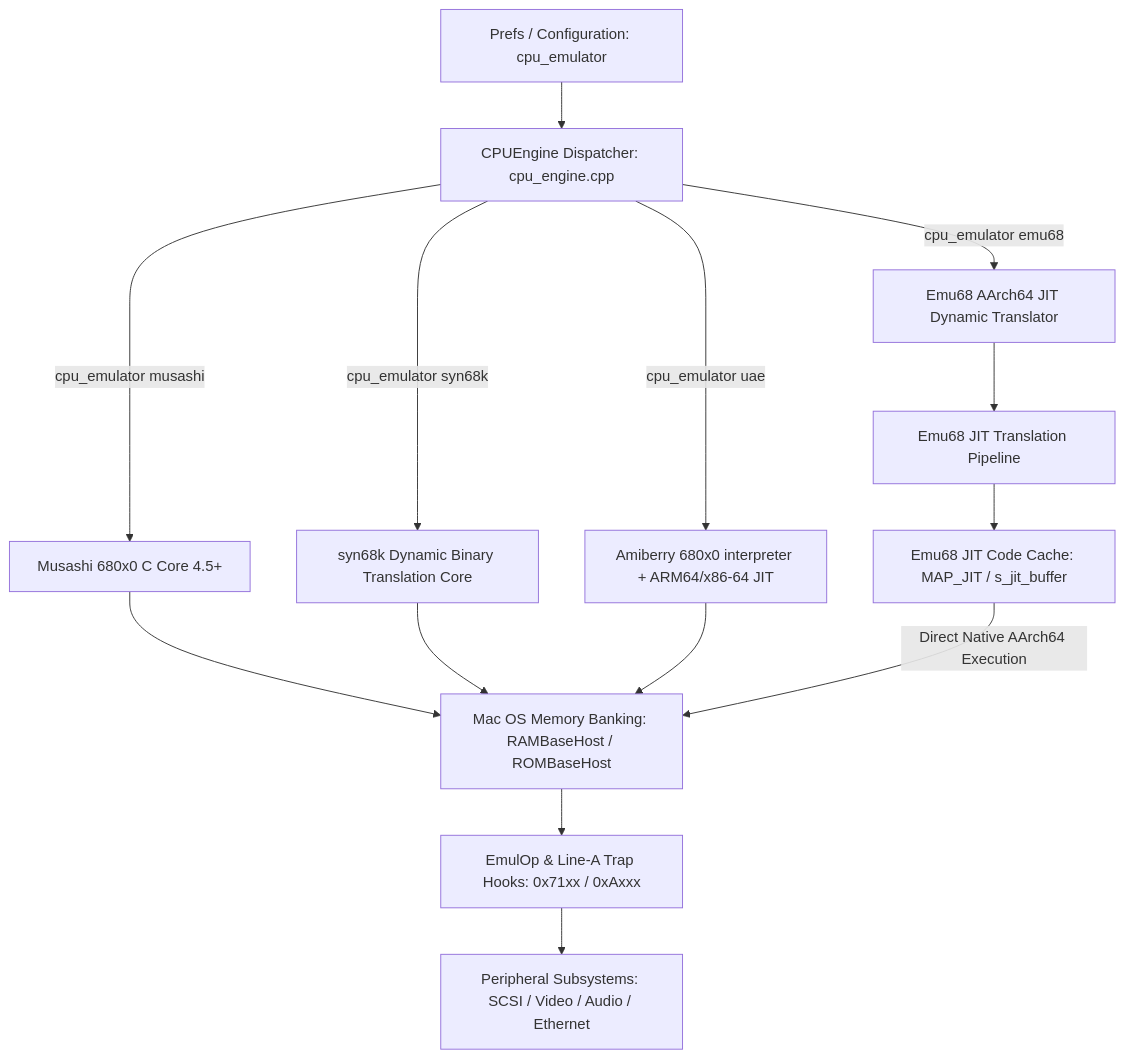
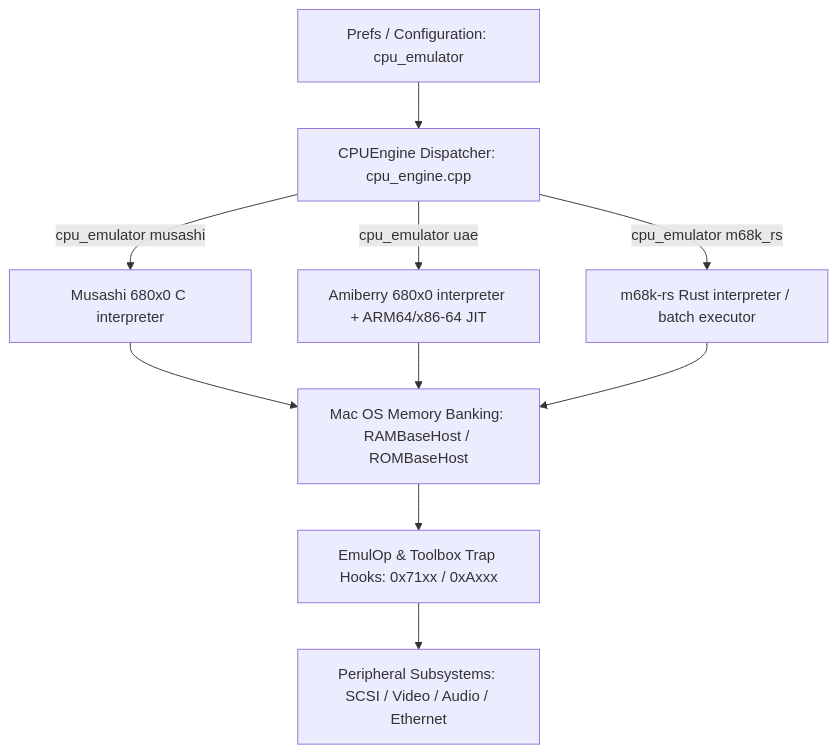
One commit to ObsoleteMadness/CockatriceIII changed the diagram in README.md. Above: the diagram before and after it, drawn with Mermaid. The commit also changed other lines of this file and 6 other files, not shown here.

````diff
--- a/README.md
+++ b/README.md
@@ -119,19 +136,14 @@
 ```mermaid
 graph TD
     A[Prefs / Configuration: cpu_emulator] --> B[CPUEngine Dispatcher: cpu_engine.cpp]
-    B -->|cpu_emulator musashi| C[Musashi 680x0 C Core 4.5+]
-    B -->|cpu_emulator syn68k| D[syn68k Dynamic Binary Translation Core]
+    B -->|cpu_emulator musashi| C[Musashi 680x0 C interpreter]
     B -->|cpu_emulator uae| E[Amiberry 680x0 interpreter + ARM64/x86-64 JIT]
-    B -->|cpu_emulator emu68| F[Emu68 AArch64 JIT Dynamic Translator]
-    
+    B -->|cpu_emulator m68k_rs| F[m68k-rs Rust interpreter / batch executor]
+
     C --> G[Mac OS Memory Banking: RAMBaseHost / ROMBaseHost]
-    D --> G
     E --> G
-    F --> H[Emu68 JIT Translation Pipeline]
-    
-    H --> I[Emu68 JIT Code Cache: MAP_JIT / s_jit_buffer]
-    I -->|Direct Native AArch64 Execution| G
-    
-    G --> J[EmulOp & Line-A Trap Hooks: 0x71xx / 0xAxxx]
+    F --> G
+
+    G --> J[EmulOp & Toolbox Trap Hooks: 0x71xx / 0xAxxx]
     J --> K[Peripheral Subsystems: SCSI / Video / Audio / Ethernet]
 ```
````
